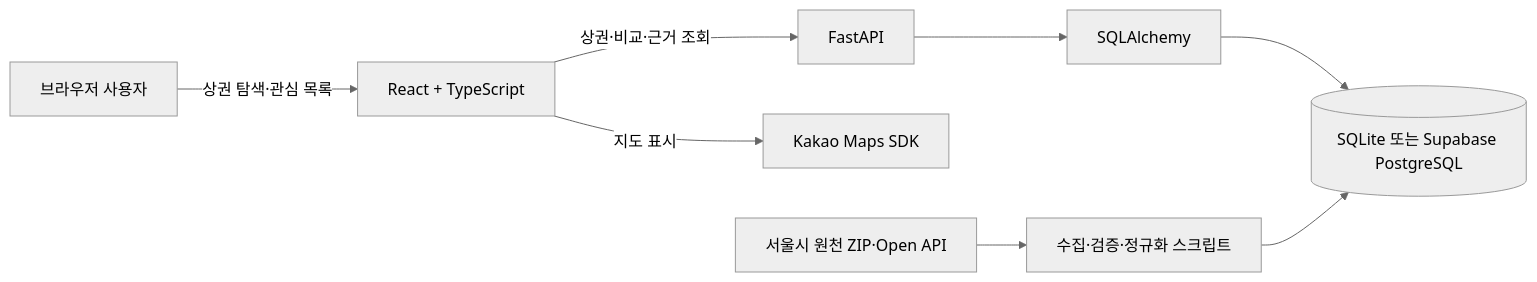
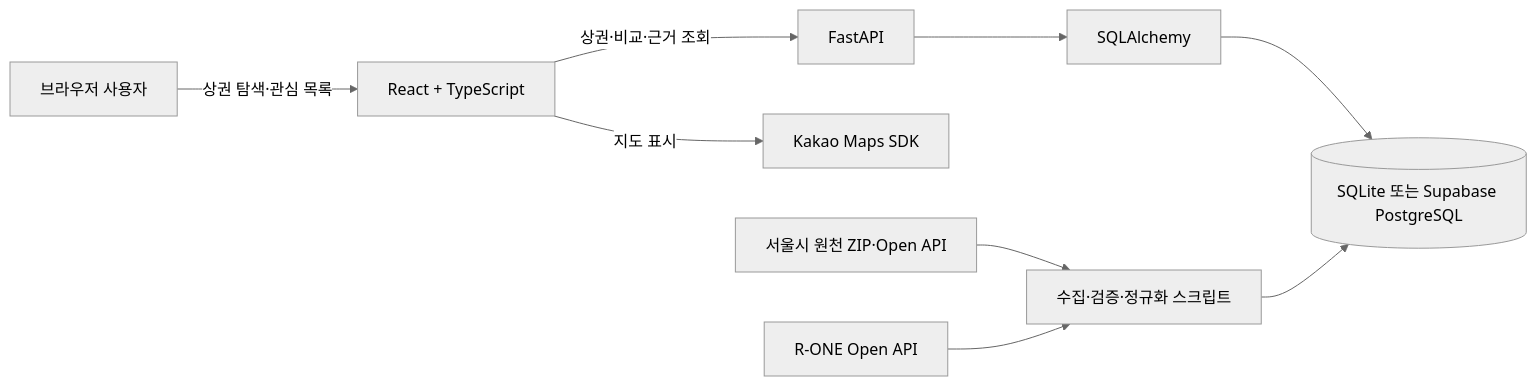
One commit to Dajeong0315/golmok-radar changed the first of 2 diagrams in docs/architecture.md. Above: the diagram before and after it, drawn with Mermaid (neutral theme). The commit also changed other lines of this file and 25 other files, not shown here.

````diff
--- a/docs/architecture.md
+++ b/docs/architecture.md
@@ -5,10 +5,11 @@
 ```mermaid
 flowchart LR
     U[브라우저 사용자] -->|상권 탐색·관심 목록| R[React + TypeScript]
     R -->|상권·비교·근거 조회| F[FastAPI]
     R -->|지도 표시| K[Kakao Maps SDK]
     F --> S[SQLAlchemy]
     S --> D[(SQLite 또는 Supabase PostgreSQL)]
     O[서울시 원천 ZIP·Open API] --> V[수집·검증·정규화 스크립트]
+    O2[R-ONE Open API] --> V
     V --> D
 ```
````
